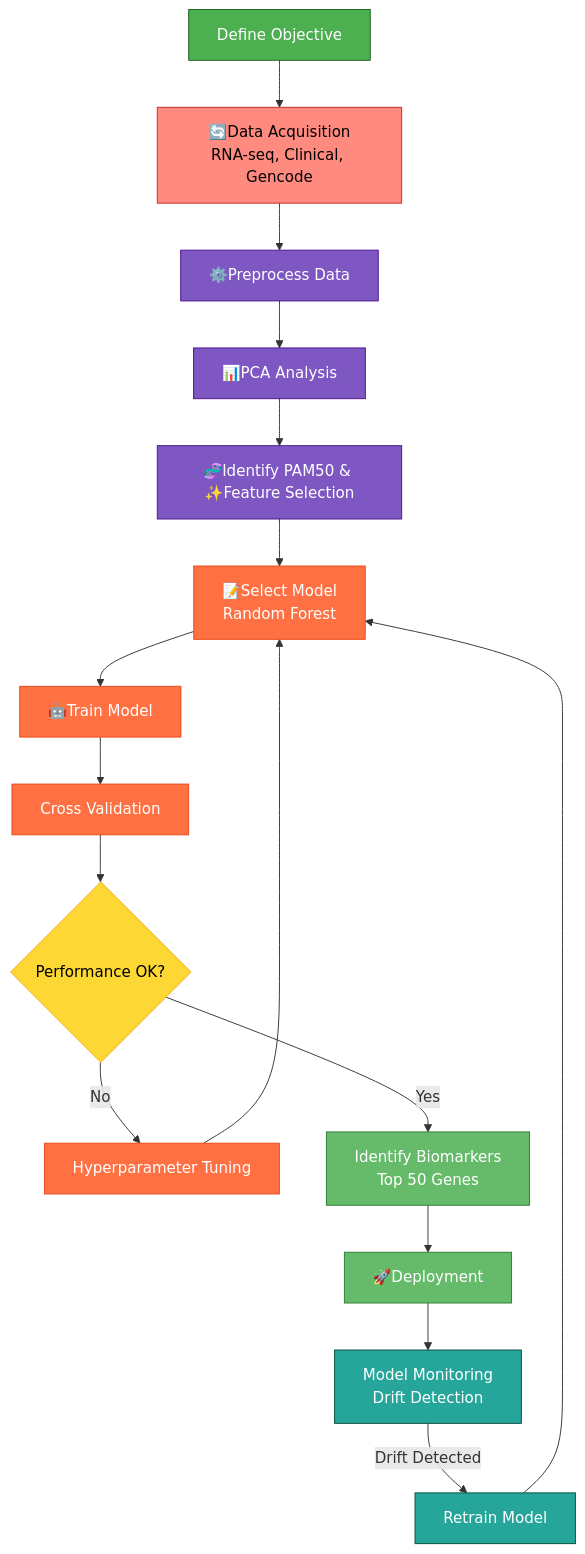
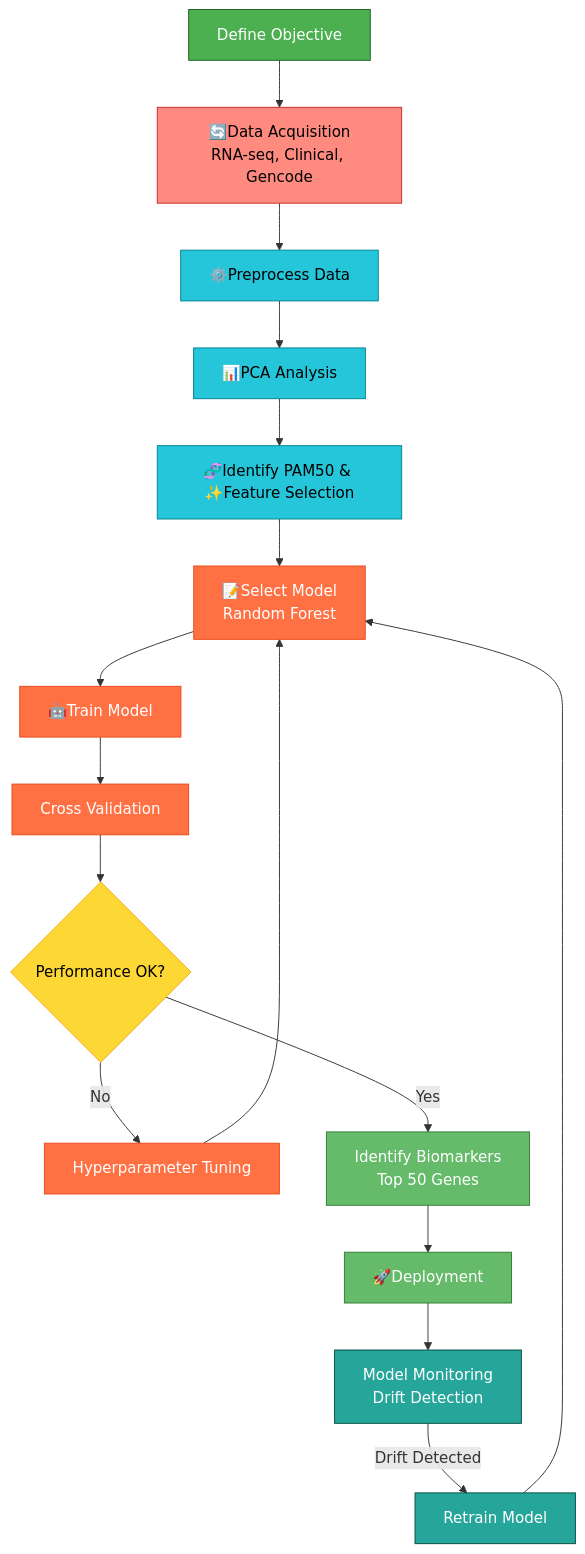
The diagram in WF1-README.md (Yohansgit/Machine-Learning_Models_Projects), drawn with Mermaid before and after one commit.

Commit message:
Update process color definition in README

````diff
--- a/WF1-README.md
+++ b/WF1-README.md
@@ -1,31 +1,31 @@
 ```mermaid   
 flowchart TD
 
     %% --- Define Colors ---
 classDef start fill:#4CAF50,stroke:#1B5E20,color:#fff;     
 classDef data fill:#FF8A80,stroke:#C62828,color:#000;     
-classDef process fill:#7E57C2,stroke:#4A148C,color:#fff;    
+classDef process fill:#26C6DA,stroke:#00838F,color:#000;  
 classDef model fill:#FF7043,stroke:#E64A19,color:#fff;    
 classDef decision fill:#FDD835,stroke:#F9A825,color:#000;    
 classDef output fill:#66BB6A,stroke:#2E7D32,color:#fff;    
 classDef monitor fill:#26A69A,stroke:#004D40,color:#fff;   
 
     A[Define Objective]:::start
     B[🔄Data Acquisition<br/>RNA-seq, Clinical, Gencode]:::data
     C[⚙️Preprocess Data]:::process
     D[📊PCA Analysis]:::process
     E[🧬Identify PAM50 & ✨Feature Selection]:::process
     F[📝Select Model<br/>Random Forest]:::model
     G[🤖Train Model]:::model
     H[Cross Validation]:::model
     I{Performance OK?}:::decision
     J[Hyperparameter Tuning]:::model
     K[Identify Biomarkers<br/>Top 50 Genes]:::output
     L[🚀Deployment]:::output
     M[Model Monitoring<br/>Drift Detection]:::monitor
     N[Retrain Model]:::monitor
     A --> B --> C --> D --> E --> F --> G --> H --> I
     I -- No --> J --> F
     I -- Yes --> K --> L --> M
     M -- Drift Detected --> N --> F
 ```
````
